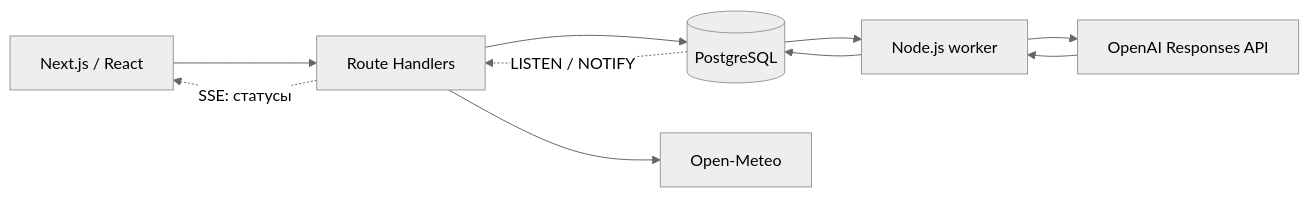
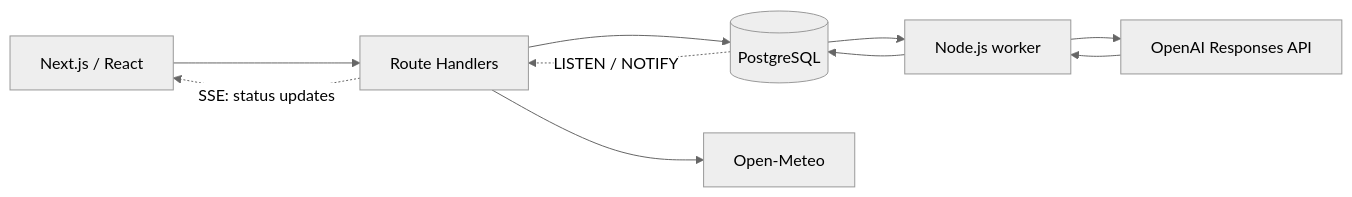
The diagram in README.md (Krasavinigor/Gloom), drawn with Mermaid (neutral theme) before and after one commit. The commit also changed other lines of this file, not shown here.

````diff
--- a/README.md
+++ b/README.md
@@ -56,12 +56,12 @@
 ```mermaid
 flowchart LR
     UI["Next.js / React"] --> API["Route Handlers"]
     API --> DB[("PostgreSQL")]
     API --> Weather["Open-Meteo"]
     DB --> Worker["Node.js worker"]
     Worker --> AI["OpenAI Responses API"]
     AI --> Worker
     Worker --> DB
     DB -. "LISTEN / NOTIFY" .-> API
-    API -. "SSE: статусы" .-> UI
+    API -. "SSE: status updates" .-> UI
 ```
````
